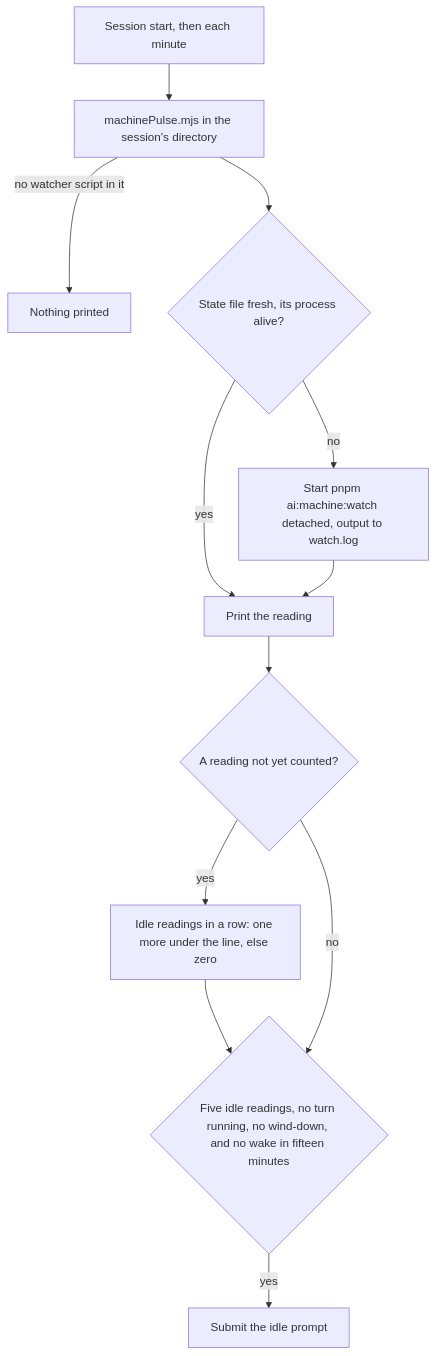
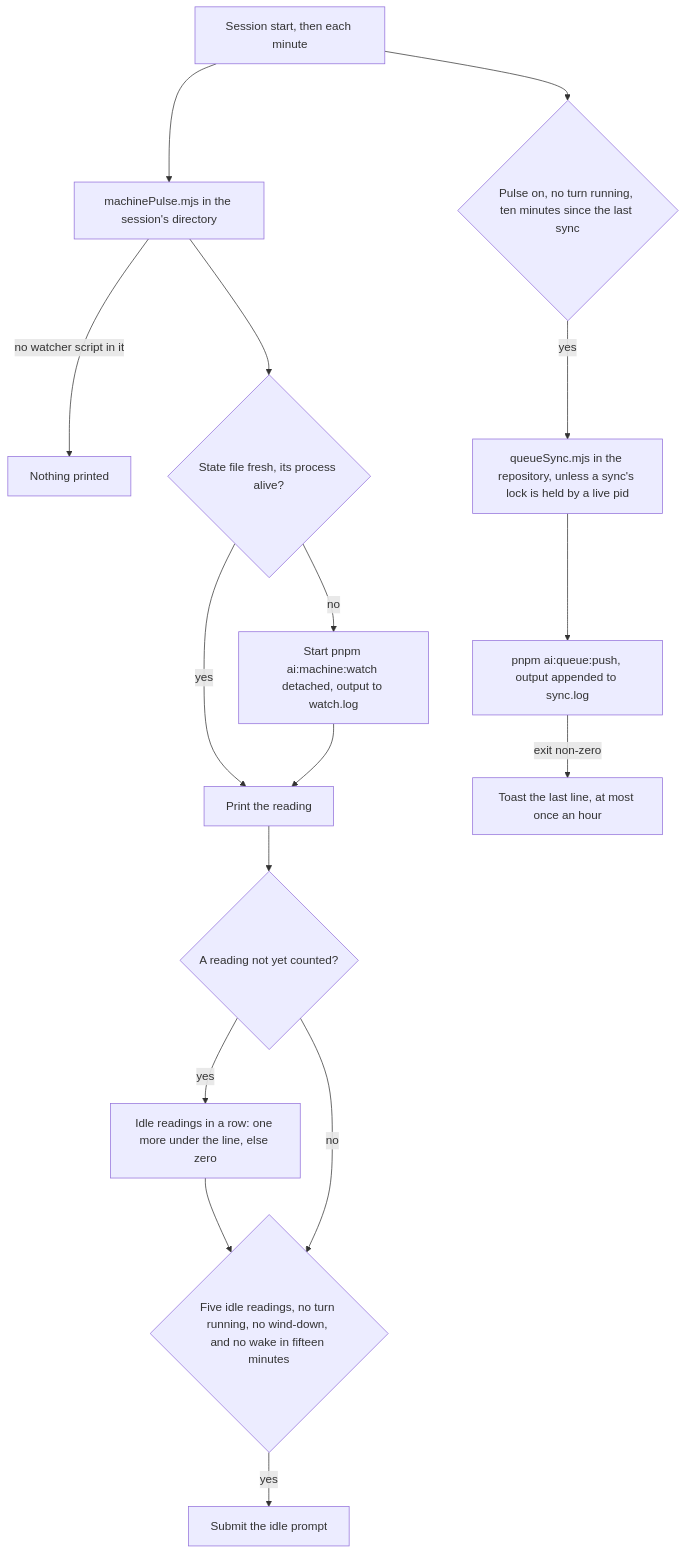
The diagram in apps/web/content/docs/infra/claude-interface/genshin-mods/pulse.md (Esposter/Esposter), drawn with Mermaid before and after one commit. The commit also changed other lines of this file and 8 other files, not shown here.

First line of the commit message:
feat(genshin-mods): the pulse pushes the queue every ten minutes outside a turn, toasting a failed push at most hourly

````diff
--- a/apps/web/content/docs/infra/claude-interface/genshin-mods/pulse.md
+++ b/apps/web/content/docs/infra/claude-interface/genshin-mods/pulse.md
@@ -22,14 +28,18 @@
 ```mermaid
 flowchart TD
   Tick["Session start, then each minute"] --> Script["machinePulse.mjs in the session's directory"]
   Script -->|no watcher script in it| Silent["Nothing printed"]
   Script --> Fresh{"State file fresh, its process alive?"}
   Fresh -->|no| Start["Start pnpm ai:machine:watch detached, output to watch.log"]
   Fresh -->|yes| Reading["Print the reading"]
   Start --> Reading
   Reading --> New{"A reading not yet counted?"}
   New -->|yes| Count["Idle readings in a row: one more under the line, else zero"]
   Count --> Gate{"Five idle readings, no turn running, no wind-down, and no wake in fifteen minutes"}
   New -->|no| Gate
   Gate -->|yes| Wake["Submit the idle prompt"]
+  Tick --> SyncDue{"Pulse on, no turn running, ten minutes since the last sync"}
+  SyncDue -->|yes| Sync["queueSync.mjs in the repository, unless a sync's lock is held by a live pid"]
+  Sync --> Push["pnpm ai:queue:push, output appended to sync.log"]
+  Push -->|exit non-zero| Toast["Toast the last line, at most once an hour"]
 ```
````
